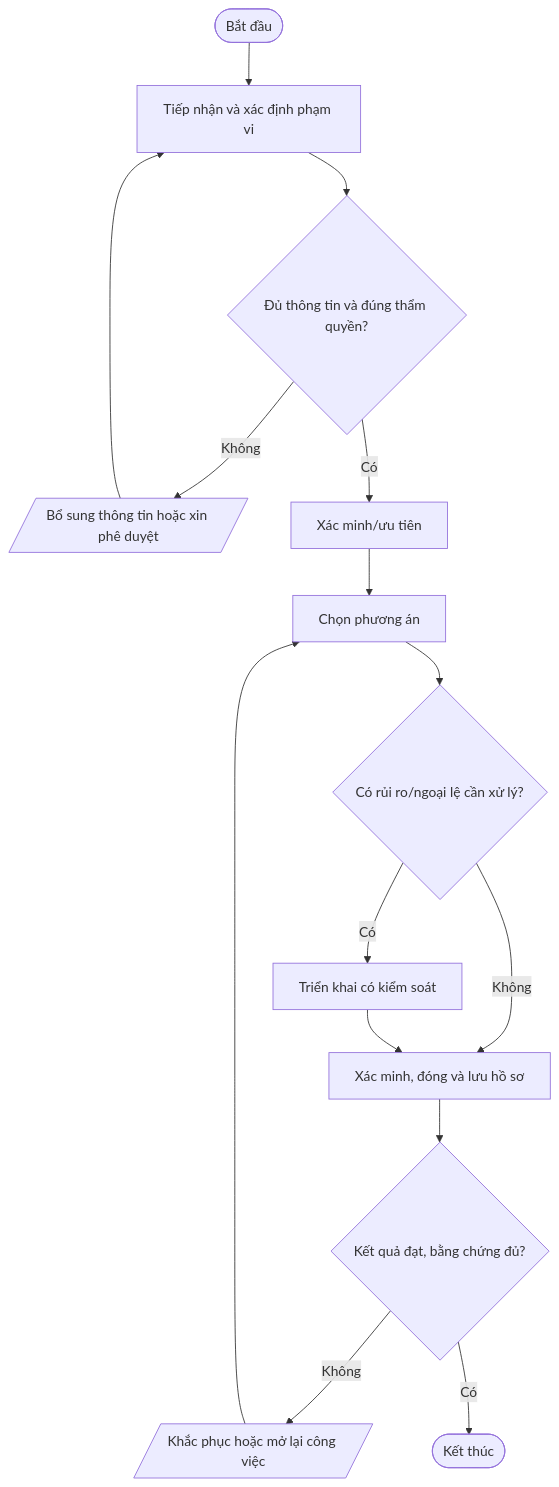
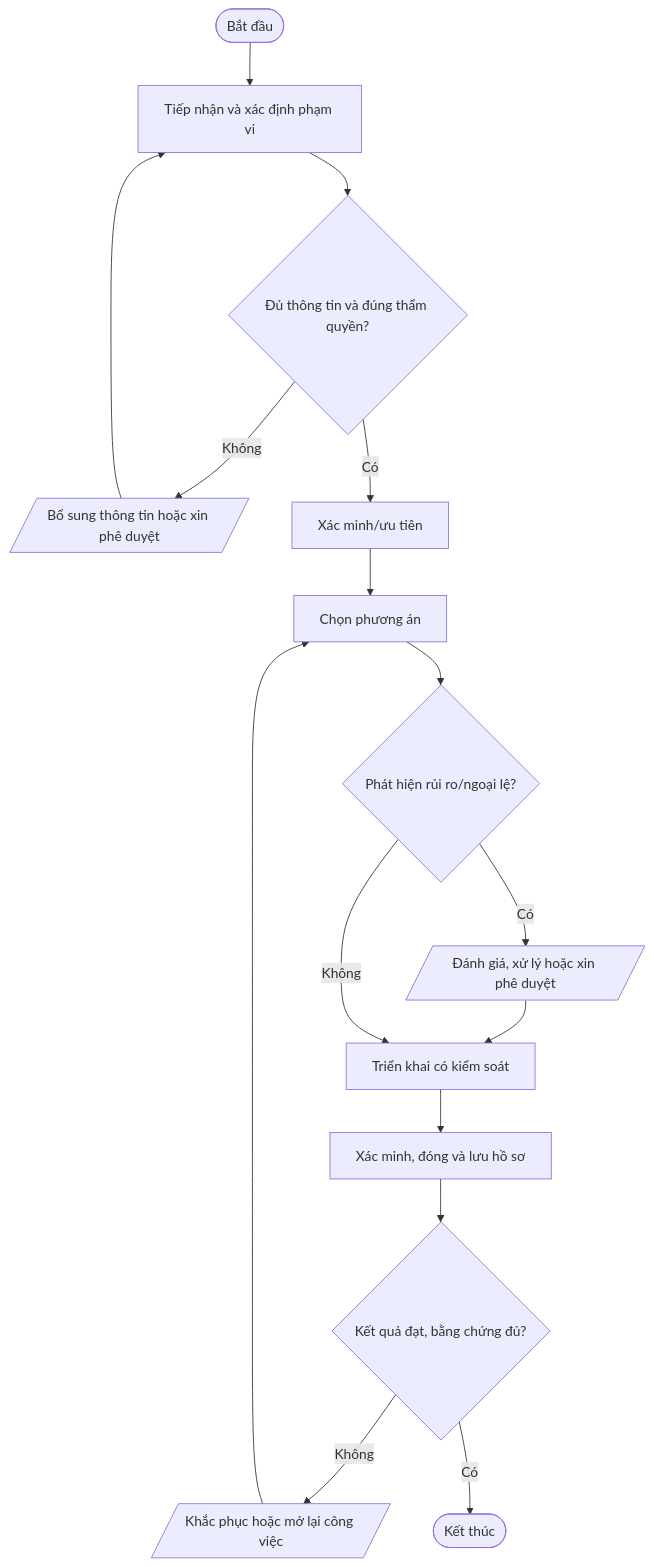
One commit to daoaigiangnam/Quy_Trinh_Chuan changed the seventh of 11 diagrams in quy-trinh/03-An-toan-thong-tin/README.md. Above: the diagram before and after it, drawn with Mermaid. The commit also changed other lines of this file, not shown here.

Commit message:
docs: correct procedure flowchart decision paths

````diff
--- a/quy-trinh/03-An-toan-thong-tin/README.md
+++ b/quy-trinh/03-An-toan-thong-tin/README.md
@@ -585,17 +591,18 @@
 ```mermaid
 flowchart TD
   A([Bắt đầu]) --> S1["Tiếp nhận và xác định phạm vi"]
   S1 --> D1{"Đủ thông tin và đúng thẩm quyền?"}
   D1 -- Không --> F1[/"Bổ sung thông tin hoặc xin phê duyệt"/]
   F1 --> S1
   D1 -- Có --> S2["Xác minh/ưu tiên"]
   S2 --> S3["Chọn phương án"]
-  S3 --> D2{"Có rủi ro/ngoại lệ cần xử lý?"}
-  D2 -- Có --> S4["Triển khai có kiểm soát"]
-  D2 -- Không --> S5["Xác minh, đóng và lưu hồ sơ"]
-  S4 --> S5
+  S3 --> D2{"Phát hiện rủi ro/ngoại lệ?"}
+  D2 -- Có --> RISK[/"Đánh giá, xử lý hoặc xin phê duyệt"/]
+  RISK --> S4["Triển khai có kiểm soát"]
+  D2 -- Không --> S4
+  S4 --> S5["Xác minh, đóng và lưu hồ sơ"]
   S5 --> D3{"Kết quả đạt, bằng chứng đủ?"}
   D3 -- Không --> R[/"Khắc phục hoặc mở lại công việc"/]
   R --> S3
   D3 -- Có --> Z([Kết thúc])
 ```
````
